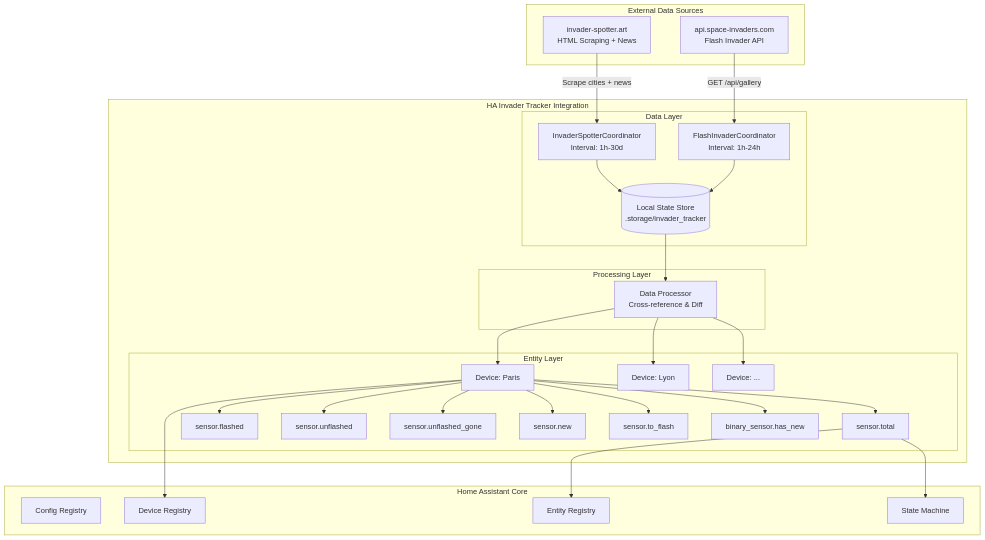
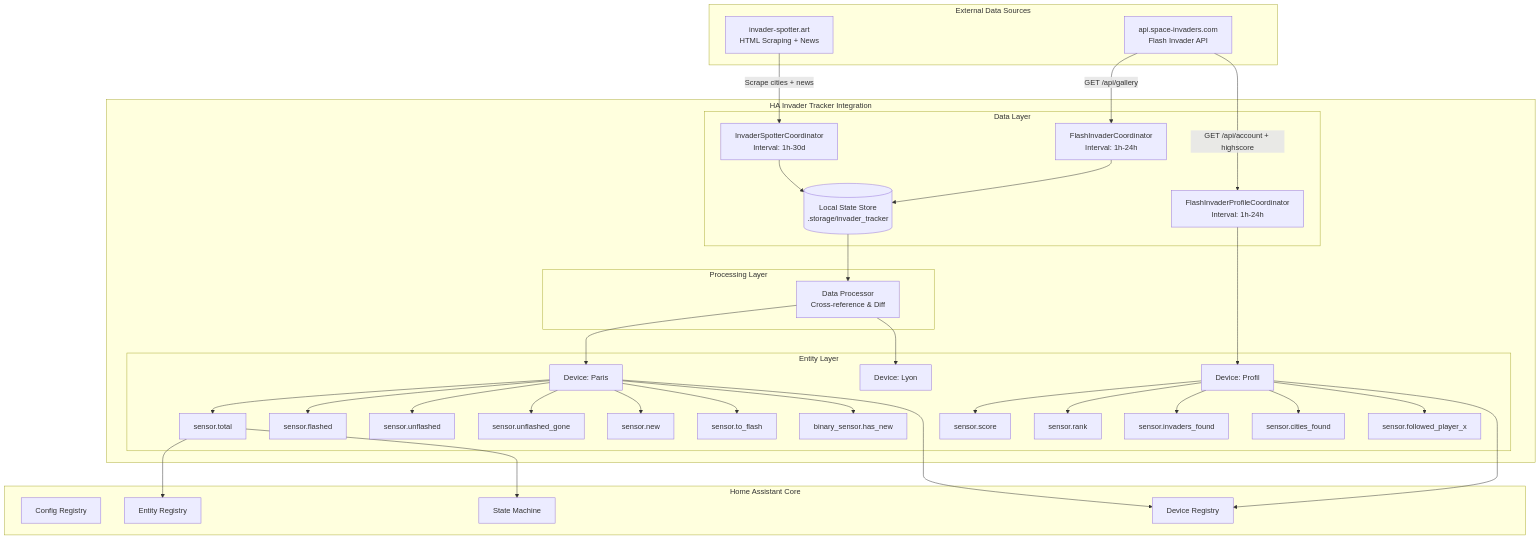
Before and after one commit to Trolent/HA-Invader-Tracker: the first of 6 diagrams in docs/architecture.md, drawn with Mermaid. The commit also changed other lines of this file and 11 other files, not shown here.

First line of the commit message:
feat: v2.1.0 — player profile device, followed players, scrape retries

````diff
--- a/docs/architecture.md
+++ b/docs/architecture.md
@@ -65,52 +67,61 @@
 ```mermaid
 graph TB
     subgraph "External Data Sources"
         IS[invader-spotter.art<br/>HTML Scraping + News]
         FI[api.space-invaders.com<br/>Flash Invader API]
     end
 
     subgraph "HA Invader Tracker Integration"
         subgraph "Data Layer"
             ISC[InvaderSpotterCoordinator<br/>Interval: 1h-30d]
             FIC[FlashInvaderCoordinator<br/>Interval: 1h-24h]
+            FIPC[FlashInvaderProfileCoordinator<br/>Interval: 1h-24h]
             STORE[(Local State Store<br/>.storage/invader_tracker)]
         end
 
         subgraph "Processing Layer"
             PROC[Data Processor<br/>Cross-reference & Diff]
         end
 
         subgraph "Entity Layer"
             DEV1[Device: Paris]
             DEV2[Device: Lyon]
-            DEV3[Device: ...]
+            DEVP[Device: Profil]
 
             DEV1 --> S1[sensor.total]
             DEV1 --> S2[sensor.flashed]
             DEV1 --> S3[sensor.unflashed]
             DEV1 --> S4[sensor.unflashed_gone]
             DEV1 --> S5[sensor.new]
             DEV1 --> S6[sensor.to_flash]
             DEV1 --> B1[binary_sensor.has_new]
+
+            DEVP --> P1[sensor.score]
+            DEVP --> P2[sensor.rank]
+            DEVP --> P3[sensor.invaders_found]
+            DEVP --> P4[sensor.cities_found]
+            DEVP --> P5[sensor.followed_player_x]
         end
     end
 
     subgraph "Home Assistant Core"
         CR[Config Registry]
         DR[Device Registry]
         ER[Entity Registry]
         ST[State Machine]
     end
 
     IS -->|Scrape cities + news| ISC
     FI -->|GET /api/gallery| FIC
+    FI -->|GET /api/account + highscore| FIPC
     ISC --> STORE
     FIC --> STORE
     STORE --> PROC
     PROC --> DEV1
     PROC --> DEV2
-    PROC --> DEV3
+    FIPC --> DEVP
     DEV1 --> DR
+    DEVP --> DR
     S1 --> ER
     S1 --> ST
 ```
````
